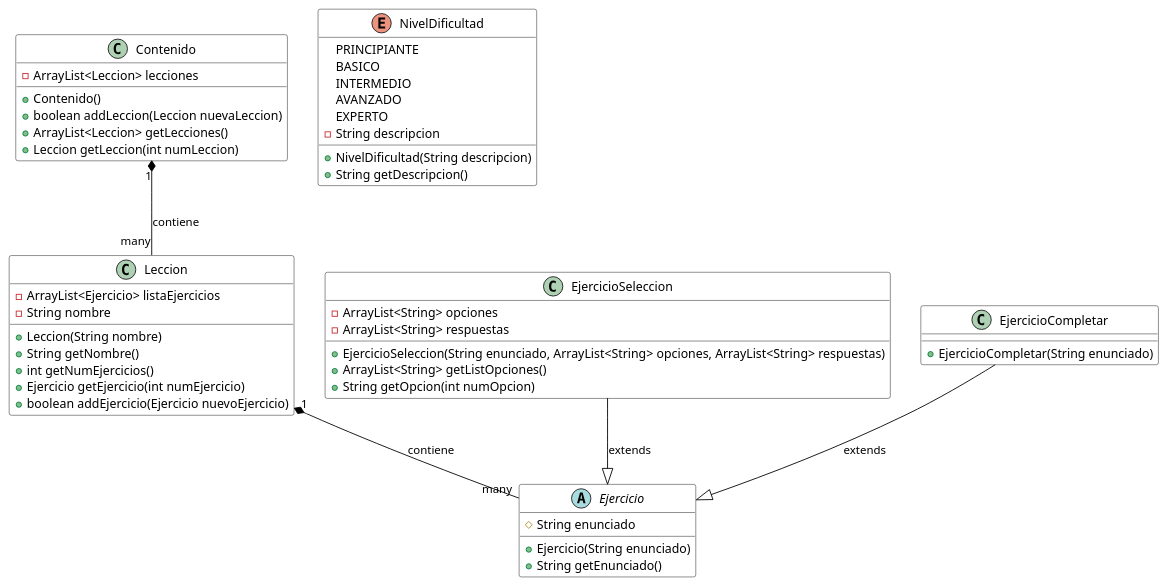
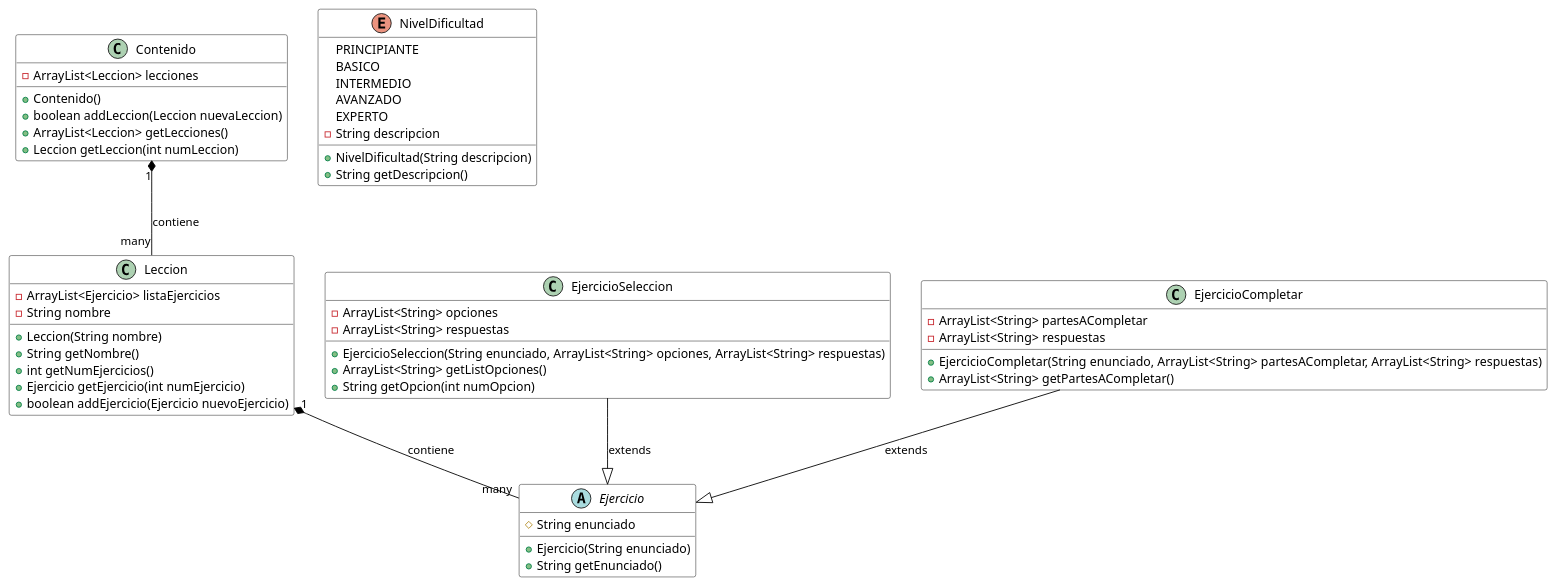
One commit to FernandoHuilca/HelloCode_Software changed the diagram in src/EjerciciosIteractivos_Modulo/Diagramas/DiagramaDeClasesPrimeraNoche.puml. Above: the diagram before and after it, drawn with PlantUML. The commit also changed 2 other files, not shown here.

Commit message:
Tipo de Ejercicio Completar, terminado

```diff
--- a/src/EjerciciosIteractivos_Modulo/Diagramas/DiagramaDeClasesPrimeraNoche.puml
+++ b/src/EjerciciosIteractivos_Modulo/Diagramas/DiagramaDeClasesPrimeraNoche.puml
@@ -1,64 +1,67 @@
 @startuml DiagramaDeClasesPrimeraNoche
 
 ' Estilos
 skinparam class {
     BackgroundColor White
     BorderColor Black
     ArrowColor Black
 }
 
 ' Clases principales
 class Contenido {
     - ArrayList<Leccion> lecciones
     + Contenido()
     + boolean addLeccion(Leccion nuevaLeccion)
     + ArrayList<Leccion> getLecciones()
     + Leccion getLeccion(int numLeccion)
 }
 
 class Leccion {
     - ArrayList<Ejercicio> listaEjercicios
     - String nombre
     + Leccion(String nombre)
     + String getNombre()
     + int getNumEjercicios()
     + Ejercicio getEjercicio(int numEjercicio)
     + boolean addEjercicio(Ejercicio nuevoEjercicio)
 }
 
 abstract class Ejercicio {
     # String enunciado
     + Ejercicio(String enunciado)
     + String getEnunciado()
 }
 
 class EjercicioSeleccion {
     - ArrayList<String> opciones
     - ArrayList<String> respuestas
     + EjercicioSeleccion(String enunciado, ArrayList<String> opciones, ArrayList<String> respuestas)
     + ArrayList<String> getListOpciones()
     + String getOpcion(int numOpcion)
 }
 
 class EjercicioCompletar {
-    + EjercicioCompletar(String enunciado)
+    -ArrayList<String> partesACompletar
+    -ArrayList<String> respuestas
+    + EjercicioCompletar(String enunciado, ArrayList<String> partesACompletar, ArrayList<String> respuestas)
+    + ArrayList<String> getPartesACompletar()
 }
 
 enum NivelDificultad {
     PRINCIPIANTE
     BASICO
     INTERMEDIO
     AVANZADO
     EXPERTO
     - String descripcion
     + NivelDificultad(String descripcion)
     + String getDescripcion()
 }
 
 ' Relaciones
 Contenido "1" *-- "many" Leccion : contiene
 Leccion "1" *-- "many" Ejercicio : contiene
 EjercicioSeleccion --|> Ejercicio : extends
 EjercicioCompletar --|> Ejercicio : extends
 
 @enduml 
```
